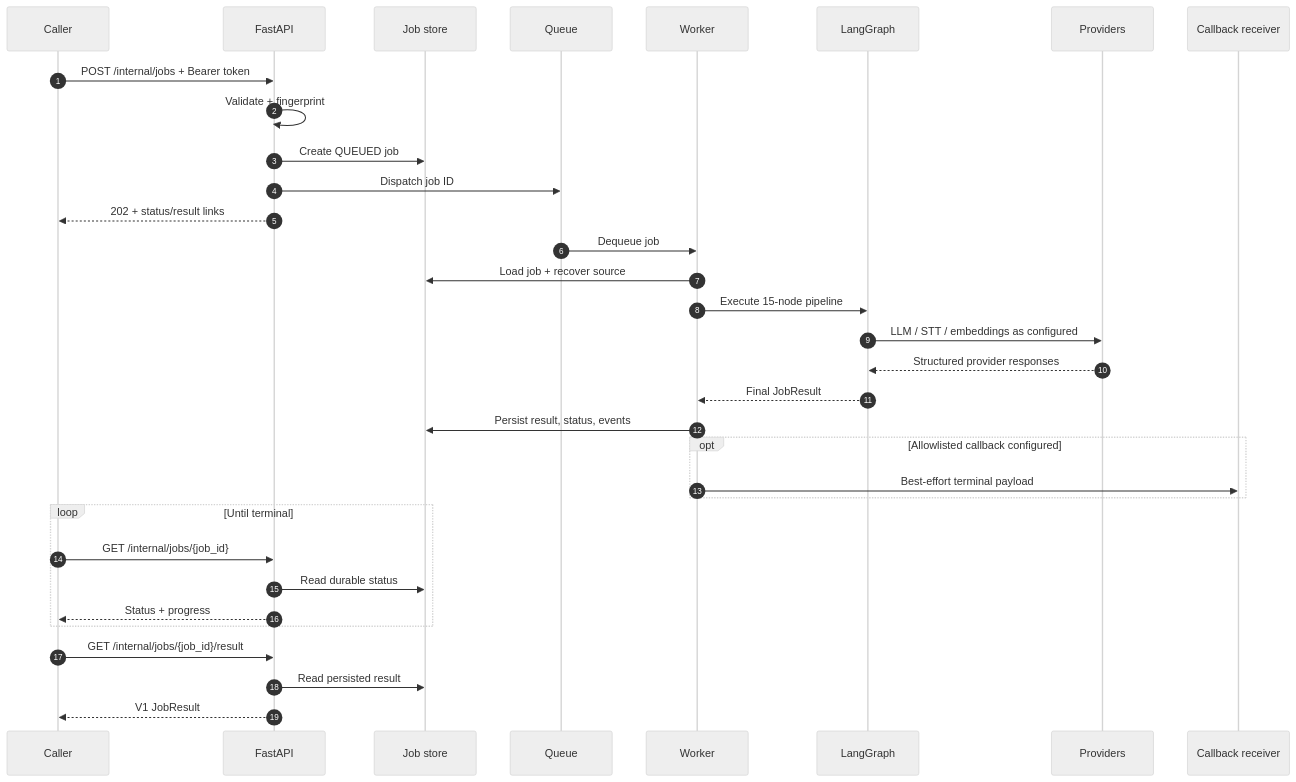
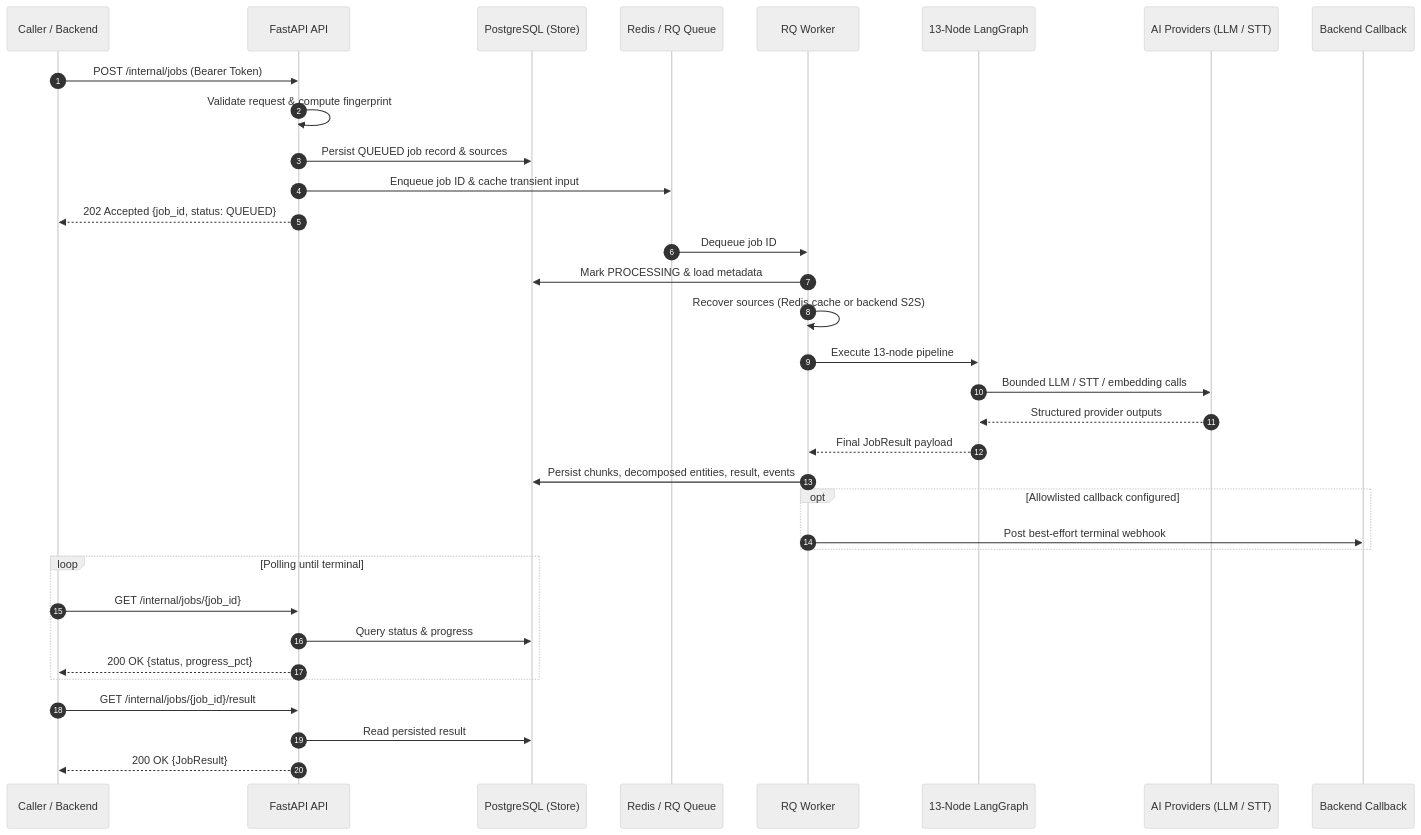
One commit to Requra/ai-pipeline changed the fourth of 4 diagrams in README.md. Above: the diagram before and after it, drawn with Mermaid (neutral theme). The commit also changed other lines of this file and 19 other files, not shown here.

Commit message:
docs(architecture): align docs and README with 13-node unified source preparation graph

````diff
--- a/README.md
+++ b/README.md
@@ -252,36 +262,37 @@
 ```mermaid
 sequenceDiagram
     autonumber
-    participant C as Caller
-    participant A as FastAPI
-    participant S as Job store
-    participant Q as Queue
-    participant W as Worker
-    participant G as LangGraph
-    participant P as Providers
-    participant B as Callback receiver
+    participant C as Caller / Backend
+    participant A as FastAPI API
+    participant S as PostgreSQL (Store)
+    participant Q as Redis / RQ Queue
+    participant W as RQ Worker
+    participant G as 13-Node LangGraph
+    participant P as AI Providers (LLM / STT)
+    participant B as Backend Callback
 
-    C->>A: POST /internal/jobs + Bearer token
-    A->>A: Validate + fingerprint
-    A->>S: Create QUEUED job
-    A->>Q: Dispatch job ID
-    A-->>C: 202 + status/result links
-    Q->>W: Dequeue job
-    W->>S: Load job + recover source
-    W->>G: Execute 15-node pipeline
-    G->>P: LLM / STT / embeddings as configured
-    P-->>G: Structured provider responses
-    G-->>W: Final JobResult
-    W->>S: Persist result, status, events
+    C->>A: POST /internal/jobs (Bearer Token)
+    A->>A: Validate request & compute fingerprint
+    A->>S: Persist QUEUED job record & sources
+    A->>Q: Enqueue job ID & cache transient input
+    A-->>C: 202 Accepted {job_id, status: QUEUED}
+    Q->>W: Dequeue job ID
+    W->>S: Mark PROCESSING & load metadata
+    W->>W: Recover sources (Redis cache or backend S2S)
+    W->>G: Execute 13-node pipeline
+    G->>P: Bounded LLM / STT / embedding calls
+    P-->>G: Structured provider outputs
+    G-->>W: Final JobResult payload
+    W->>S: Persist chunks, decomposed entities, result, events
     opt Allowlisted callback configured
-        W->>B: Best-effort terminal payload
+        W->>B: Post best-effort terminal webhook
     end
-    loop Until terminal
+    loop Polling until terminal
         C->>A: GET /internal/jobs/{job_id}
-        A->>S: Read durable status
-        A-->>C: Status + progress
+        A->>S: Query status & progress
+        A-->>C: 200 OK {status, progress_pct}
     end
     C->>A: GET /internal/jobs/{job_id}/result
     A->>S: Read persisted result
-    A-->>C: V1 JobResult
+    A-->>C: 200 OK {JobResult}
 ```
````
